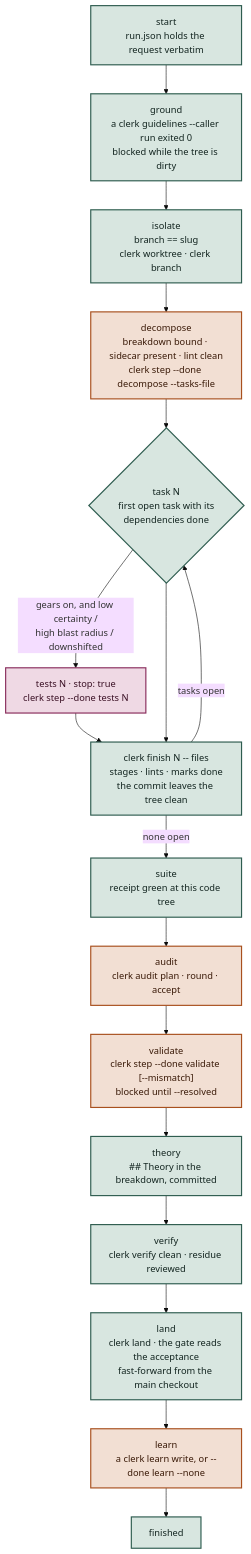
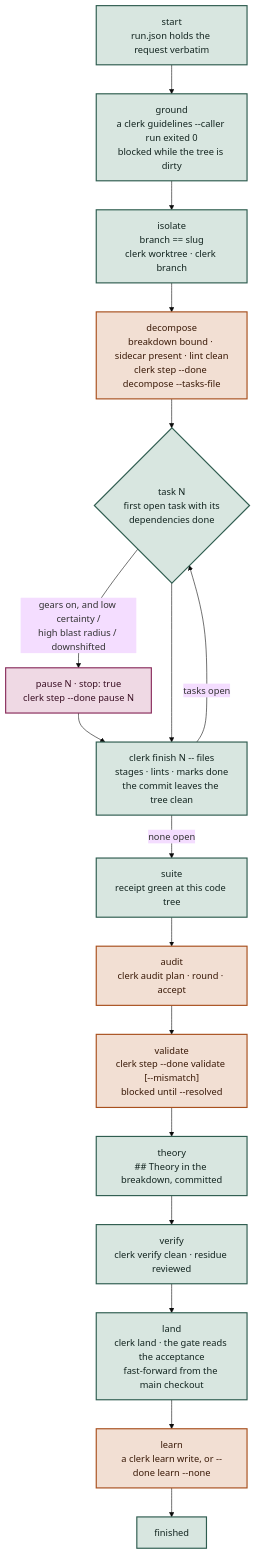
One commit to hpcsc/dotfiles changed the second of 5 diagrams in link/common/dot-config/.config/ai/method/README.md. Above: the diagram before and after it, drawn with Mermaid (base theme). The commit also changed 5 other files, not shown here.

First line of the commit message:
Rename the tests pseudo-step to pause

````diff
--- a/link/common/dot-config/.config/ai/method/README.md
+++ b/link/common/dot-config/.config/ai/method/README.md
@@ -118,25 +118,25 @@
 ```mermaid
 flowchart TD
   START["start<br/>run.json holds the request verbatim"] --> GROUND
   GROUND["ground<br/>a clerk guidelines --caller run exited 0<br/>blocked while the tree is dirty"] --> ISOLATE
   ISOLATE["isolate<br/>branch == slug<br/>clerk worktree · clerk branch"] --> PLAN
   PLAN["decompose<br/>breakdown bound · sidecar present · lint clean<br/>clerk step --done decompose --tasks-file"] --> TASK
   TASK{"task N<br/>first open task with its<br/>dependencies done"} -->|"gears on, and low certainty /<br/>high blast radius / downshifted"| TESTS
-  TESTS["tests N · stop: true<br/>clerk step --done tests N"] --> BUILD
+  TESTS["pause N · stop: true<br/>clerk step --done pause N"] --> BUILD
   TASK --> BUILD["clerk finish N -- files<br/>stages · lints · marks done<br/>the commit leaves the tree clean"]
   BUILD -->|"tasks open"| TASK
   BUILD -->|"none open"| SUITE
   SUITE["suite<br/>receipt green at this code tree"] --> AUDIT
   AUDIT["audit<br/>clerk audit plan · round · accept"] --> VALIDATE
   VALIDATE["validate<br/>clerk step --done validate [--mismatch]<br/>blocked until --resolved"] --> THEORY
   THEORY["theory<br/>## Theory in the breakdown, committed"] --> VERIFY
   VERIFY["verify<br/>clerk verify clean · residue reviewed"] --> LAND
   LAND["land<br/>clerk land · the gate reads the acceptance<br/>fast-forward from the main checkout"] --> LEARN
   LEARN["learn<br/>a clerk learn write, or --done learn --none"] --> FIN["finished"]
   classDef derived fill:#D8E6E0,stroke:#2F5D50,stroke-width:2px,color:#132520
   classDef asserted fill:#F2DFD3,stroke:#A8501E,stroke-width:2px,color:#3A1A08
   classDef gate fill:#EFD9E4,stroke:#8A2E5D,stroke-width:2px,color:#3A1024
   class START,GROUND,ISOLATE,TASK,BUILD,SUITE,THEORY,VERIFY,LAND,FIN derived
   class PLAN,AUDIT,VALIDATE,LEARN asserted
   class TESTS gate
 ```
````
